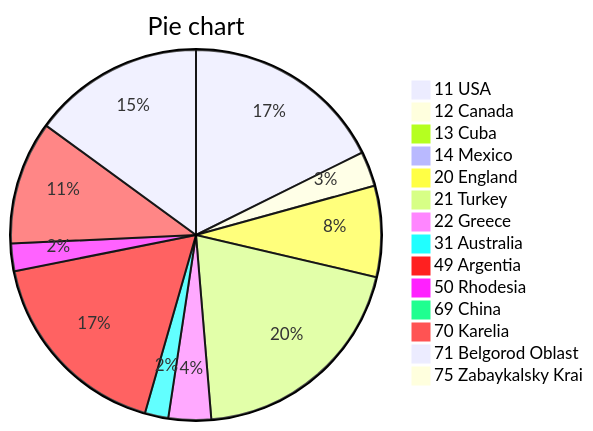
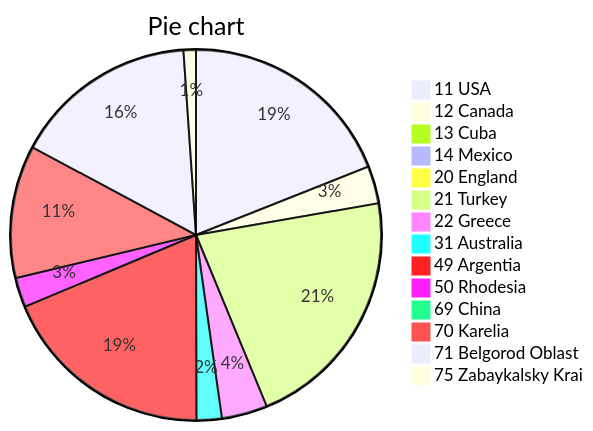
One commit to EvgenyVenalainen/jd-folders-tool changed the diagram in index.md. Above: the diagram before and after it, drawn with Mermaid. The commit also changed other lines of this file and 2 other files, not shown here.

````diff
--- a/index.md
+++ b/index.md
@@ -167,17 +171,18 @@
 ```mermaid
 pie title Pie chart
 "11 USA" : 1500.1
 "12 Canada" : 258.7
 "13 Cuba" : 14.8
 "14 Mexico" : 35.2
+"20 England" : 0.0
 "20 England" : 674.6
 "21 Turkey" : 1699.8
 "22 Greece" : 315.6
 "31 Australia" : 173.8
 "49 Argentia" : 1478.9
 "50 Rhodesia" : 204.4
 "69 China" : 0.4
 "70 Karelia" : 914.4
 "71 Belgorod Oblast" : 1270.5
 "75 Zabaykalsky Krai" : 85.5
 ```
````
